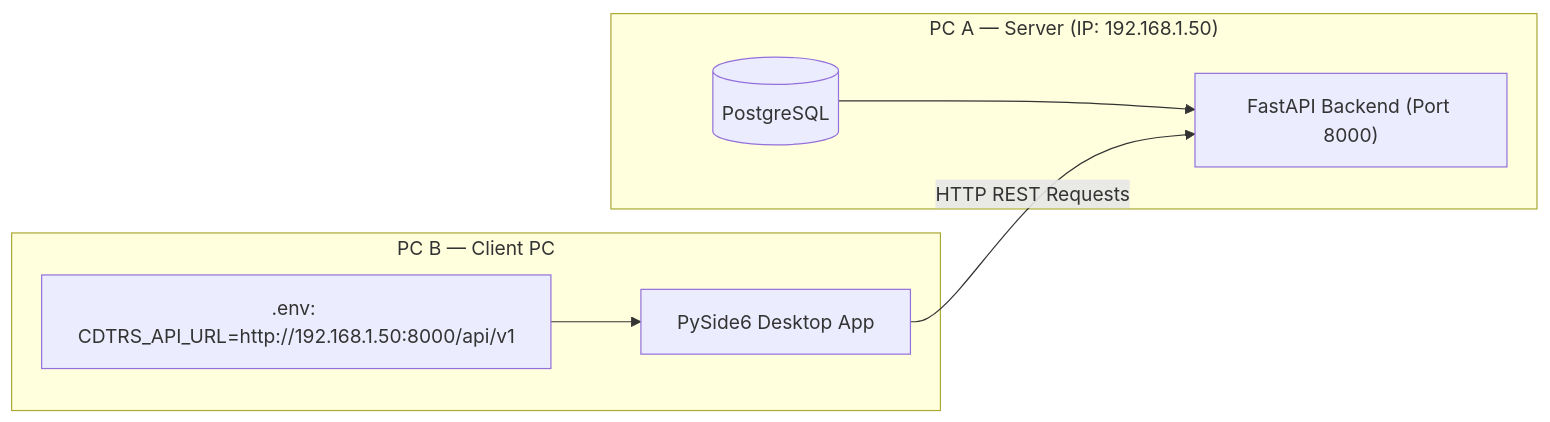
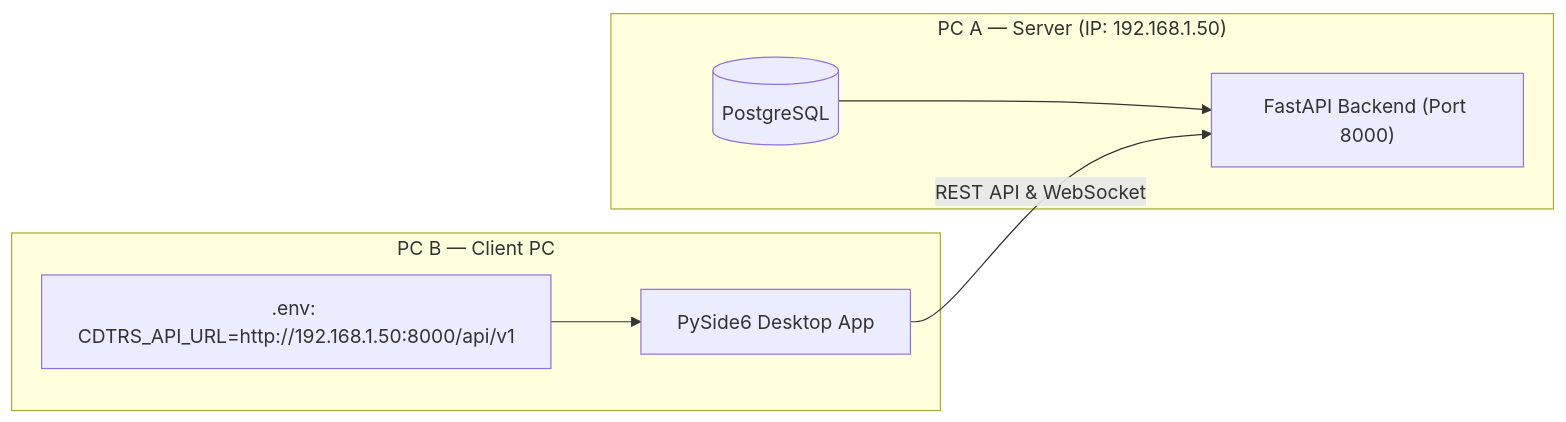
Before and after one commit to Pratiksha575-dev/CDTRS: the diagram in SETUP_GUIDE.md, drawn with Mermaid. The commit also changed other lines of this file and 44 other files, not shown here.

Commit message:
feat(ocr): fix real OCR confidence flow, decouple rules engine, and streamline ingestion modes (PZ_26/08)

````diff
--- a/SETUP_GUIDE.md
+++ b/SETUP_GUIDE.md
@@ -115,16 +146,16 @@
 ```mermaid
 flowchart LR
     subgraph Server_PC ["PC A — Server (IP: 192.168.1.50)"]
         DB[(PostgreSQL)]
         API["FastAPI Backend (Port 8000)"]
         DB --> API
     end
 
     subgraph Client_PC ["PC B — Client PC"]
         App["PySide6 Desktop App"]
         Env[".env: CDTRS_API_URL=http://192.168.1.50:8000/api/v1"]
         Env --> App
     end
 
-    App -- "HTTP REST Requests" --> API
+    App -- "REST API & WebSocket" --> API
 ```
````
